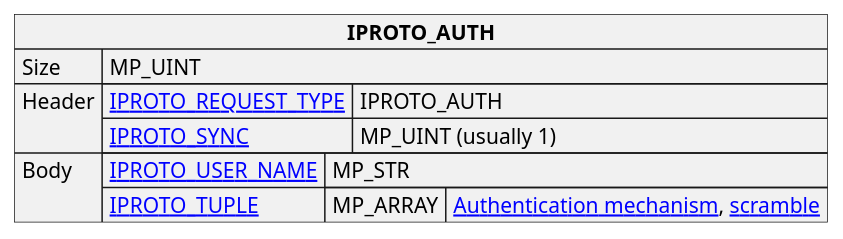
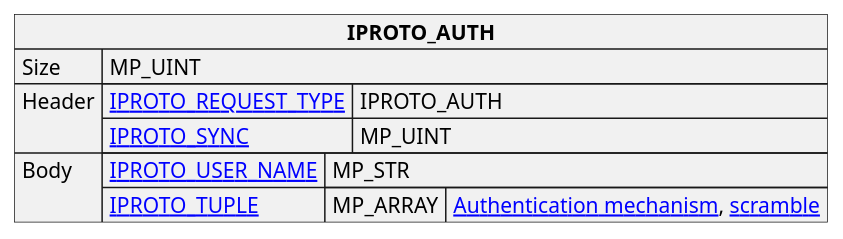
One commit to tarantool/doc changed the diagram in doc/dev_guide/internals/iproto/images/auth.puml. Above: the diagram before and after it, drawn with PlantUML. The commit also changed 5 other files, not shown here.

```diff
--- a/doc/dev_guide/internals/iproto/images/auth.puml
+++ b/doc/dev_guide/internals/iproto/images/auth.puml
@@ -1,24 +1,24 @@
 @startuml
 
 skinparam map {
     HyperlinkColor #0077FF
     FontColor #313131
     BorderColor #313131
     BackgroundColor transparent
 }
 
 json "**IPROTO_AUTH**" as auth_request {
     "Size": "MP_UINT",
     "Header": {
       "[[https://tarantool.io/en/doc/latest/dev_guide/internals/iproto/keys IPROTO_REQUEST_TYPE]]": "IPROTO_AUTH",
-      "[[https://tarantool.io/en/doc/latest/dev_guide/internals/iproto/keys IPROTO_SYNC]]": "MP_UINT (usually 1)"
+      "[[https://tarantool.io/en/doc/latest/dev_guide/internals/iproto/keys IPROTO_SYNC]]": "MP_UINT"
     },
     "Body": {
       "[[https://tarantool.io/en/doc/latest/dev_guide/internals/iproto/keys IPROTO_USER_NAME]]": "MP_STR",
       "[[https://tarantool.io/en/doc/latest/dev_guide/internals/iproto/keys IPROTO_TUPLE]]": {
           "MP_ARRAY": "[[https://tarantool.io/en/doc/latest/dev_guide/internals/iproto/authentication Authentication mechanism]], [[https://tarantool.io/en/doc/latest/dev_guide/internals/iproto/authentication scramble]]"
       }
     }
 }
 
 @enduml
```
